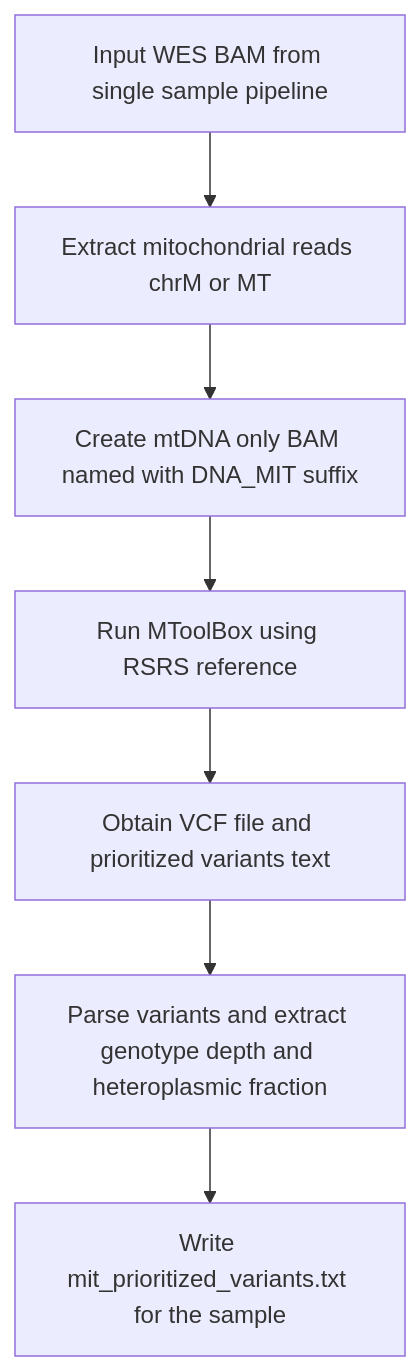
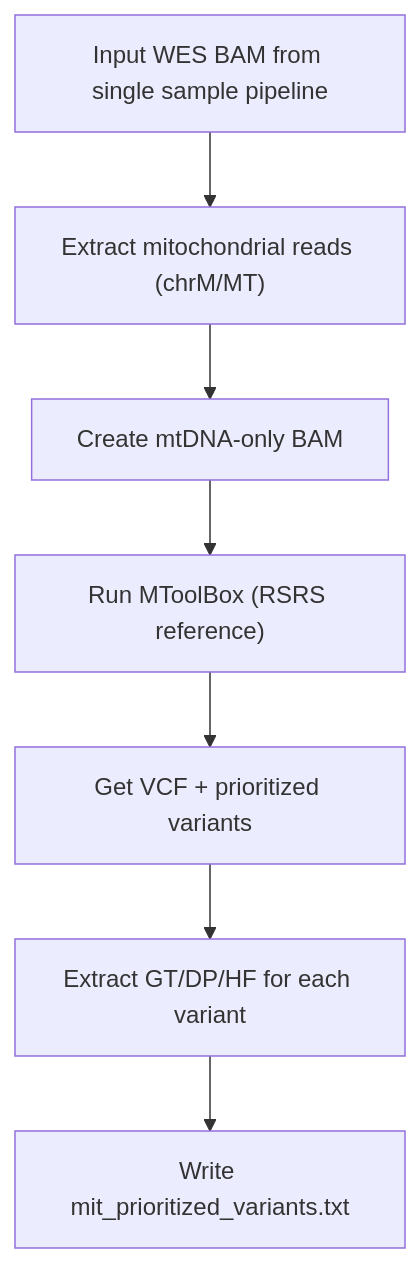
One commit to CNAG-Biomedical-Informatics/cbicall changed the first of 2 diagrams in docs/pipelines/mtdna.md. Above: the diagram before and after it, drawn with Mermaid. The commit also changed other lines of this file and 21 other files, not shown here.

````diff
--- a/docs/pipelines/mtdna.md
+++ b/docs/pipelines/mtdna.md
@@ -34,12 +37,11 @@
         ```mermaid
         flowchart TD
             A["Input WES BAM from single sample pipeline"]
-            B["Extract mitochondrial reads chrM or MT"]
-            C["Create mtDNA only BAM named with DNA_MIT suffix"]
-            D["Run MToolBox using RSRS reference"]
-            E["Obtain VCF file and prioritized variants text"]
-            F["Parse variants and extract genotype depth and heteroplasmic fraction"]
-            G["Write mit_prioritized_variants.txt for the sample"]
-        
+            B["Extract mitochondrial reads (chrM/MT)"]
+            C["Create mtDNA-only BAM"]
+            D["Run MToolBox (RSRS reference)"]
+            E["Get VCF + prioritized variants"]
+            F["Extract GT/DP/HF for each variant"]
+            G["Write mit_prioritized_variants.txt"]
             A --> B --> C --> D --> E --> F --> G
         ```
````
